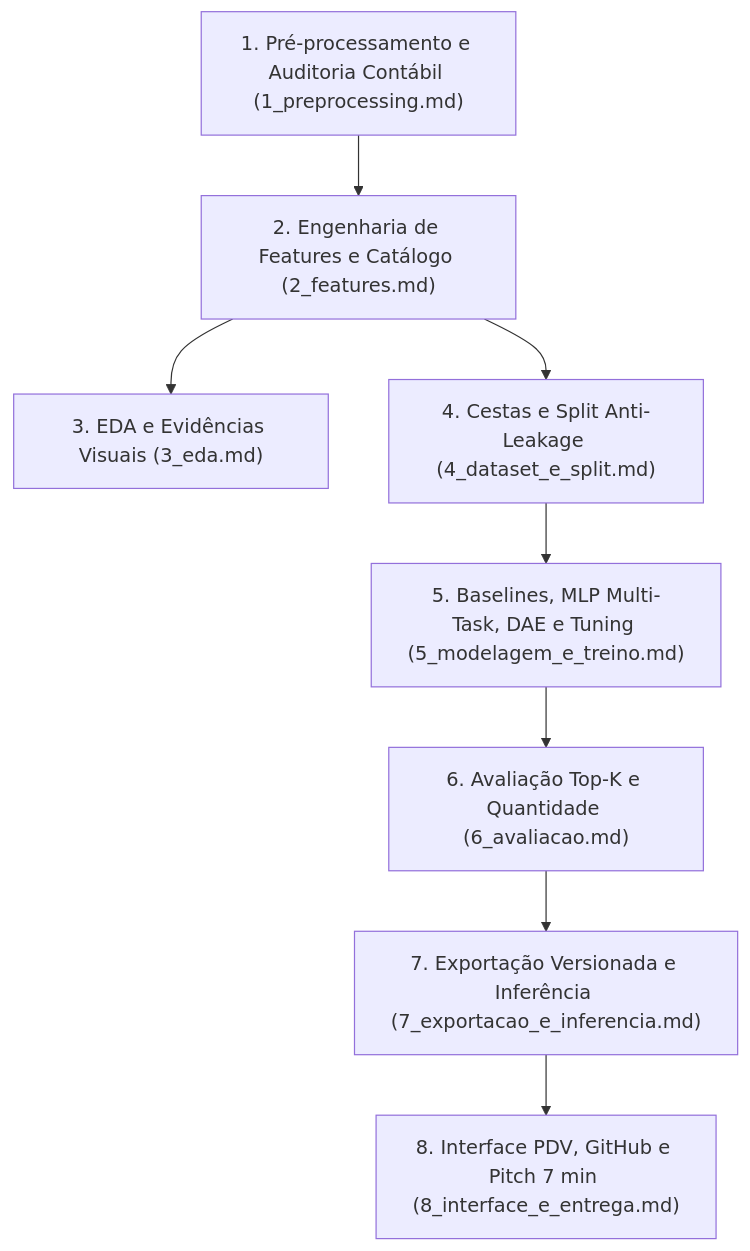
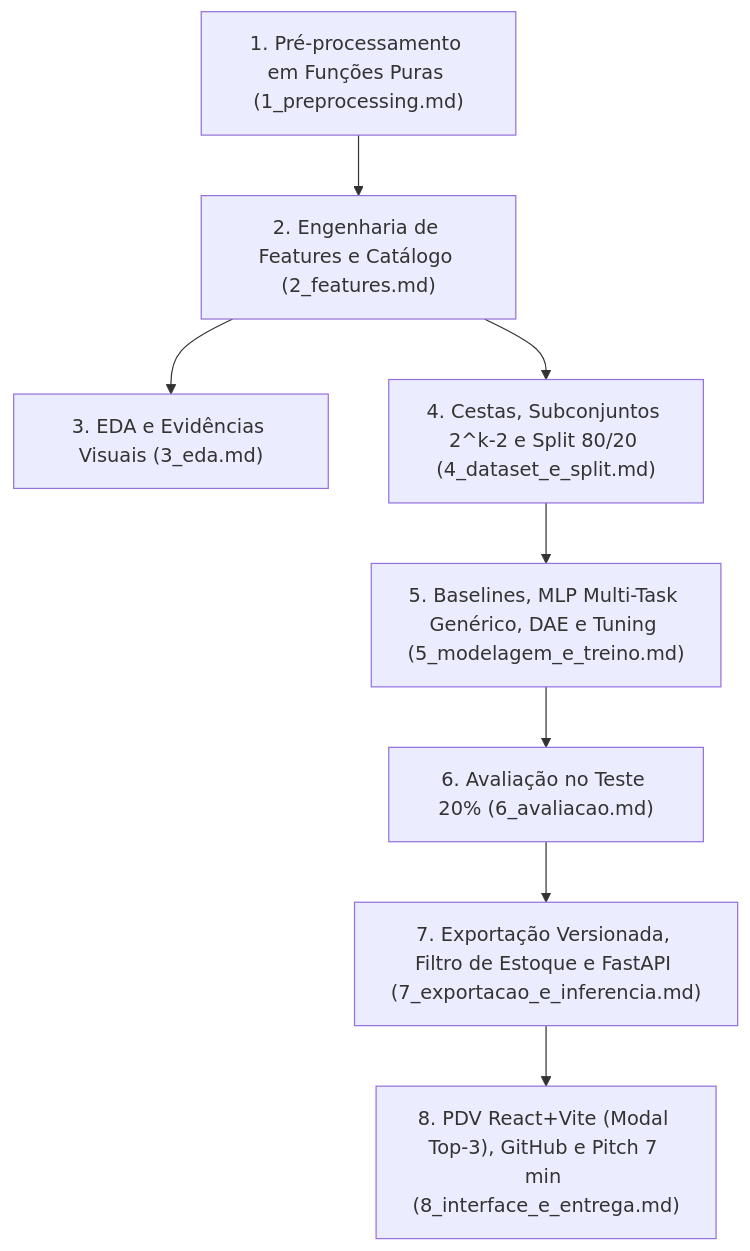
Before and after one commit to SIS-AMF/2026-2_trabalho_g2_ia2: the diagram in docs/README.md, drawn with Mermaid. The commit also changed other lines of this file and 8 other files, not shown here.

````diff
--- a/docs/README.md
+++ b/docs/README.md
@@ -29,10 +29,10 @@
 ```mermaid
 flowchart TD
-    D1["1. Pré-processamento e Auditoria Contábil (1_preprocessing.md)"] --> D2["2. Engenharia de Features e Catálogo (2_features.md)"]
+    D1["1. Pré-processamento em Funções Puras (1_preprocessing.md)"] --> D2["2. Engenharia de Features e Catálogo (2_features.md)"]
     D2 --> D3["3. EDA e Evidências Visuais (3_eda.md)"]
-    D2 --> D4["4. Cestas e Split Anti-Leakage (4_dataset_e_split.md)"]
-    D4 --> D5["5. Baselines, MLP Multi-Task, DAE e Tuning (5_modelagem_e_treino.md)"]
-    D5 --> D6["6. Avaliação Top-K e Quantidade (6_avaliacao.md)"]
-    D6 --> D7["7. Exportação Versionada e Inferência (7_exportacao_e_inferencia.md)"]
-    D7 --> D8["8. Interface PDV, GitHub e Pitch 7 min (8_interface_e_entrega.md)"]
+    D2 --> D4["4. Cestas, Subconjuntos 2^k-2 e Split 80/20 (4_dataset_e_split.md)"]
+    D4 --> D5["5. Baselines, MLP Multi-Task Genérico, DAE e Tuning (5_modelagem_e_treino.md)"]
+    D5 --> D6["6. Avaliação no Teste 20% (6_avaliacao.md)"]
+    D6 --> D7["7. Exportação Versionada, Filtro de Estoque e FastAPI (7_exportacao_e_inferencia.md)"]
+    D7 --> D8["8. PDV React+Vite (Modal Top-3), GitHub e Pitch 7 min (8_interface_e_entrega.md)"]
 ```
````
